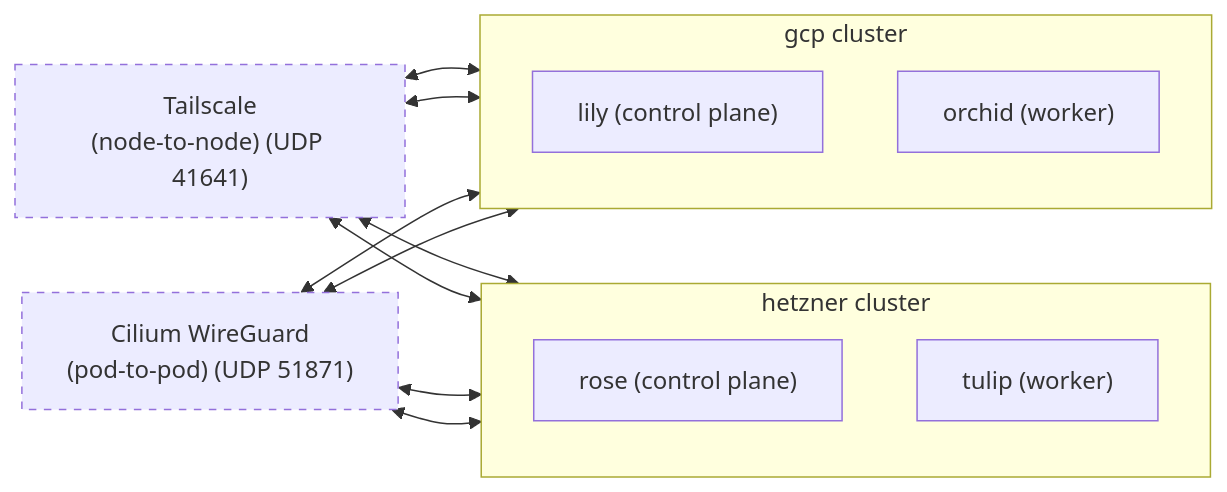
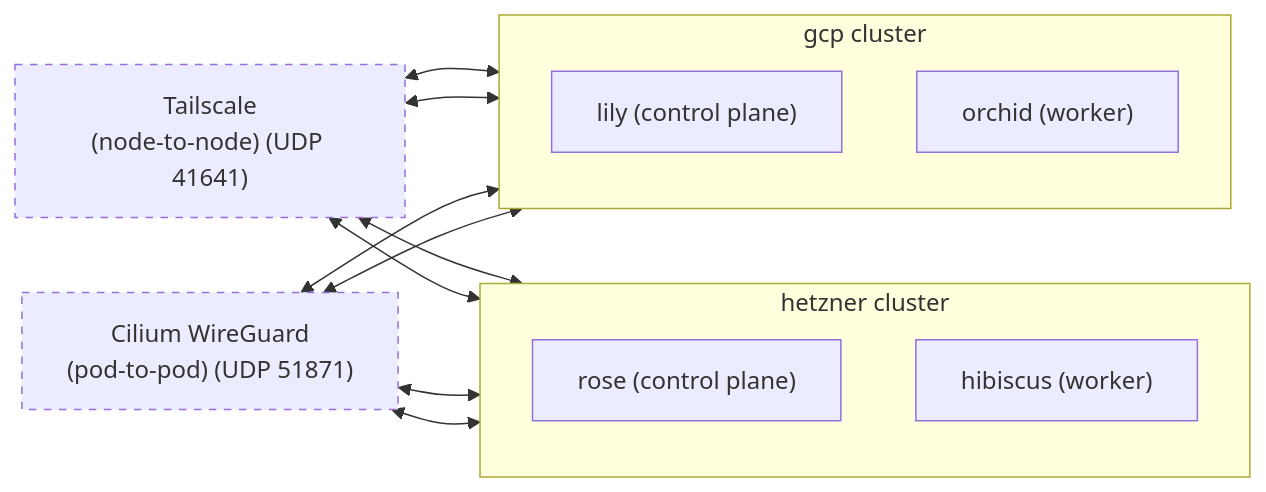
Before and after one commit to bouquet2/bouquet2.1: the diagram in README.md, drawn with Mermaid. The commit also changed other lines of this file and 73 other files, not shown here.

````diff
--- a/README.md
+++ b/README.md
@@ -166,28 +212,28 @@
 ```mermaid
 graph LR
     classDef dashed stroke-dasharray: 5 5, stroke-width:1px
 
     subgraph Hetzner [hetzner cluster]
         direction TB
         hetzner_rose["rose (control plane)"]
-        hetzner_tulip["tulip (worker)"]
+        hetzner_hibiscus["hibiscus (worker)"]
     end
 
     subgraph GCP [gcp cluster]
         direction TB
         gcp_lily["lily (control plane)"]
         gcp_orchid["orchid (worker)"]
     end
 
     core_tailscale["Tailscale<br>(node-to-node) (UDP 41641)"]:::dashed
     core_cilium_wireguard["Cilium WireGuard<br>(pod-to-pod) (UDP 51871)"]:::dashed
 
     core_tailscale <--> hetzner_rose
-    core_tailscale <--> hetzner_tulip
+    core_tailscale <--> hetzner_hibiscus
     core_tailscale <--> gcp_lily
     core_tailscale <--> gcp_orchid
     core_cilium_wireguard <--> hetzner_rose
-    core_cilium_wireguard <--> hetzner_tulip
+    core_cilium_wireguard <--> hetzner_hibiscus
     core_cilium_wireguard <--> gcp_lily
     core_cilium_wireguard <--> gcp_orchid
 ```
````
